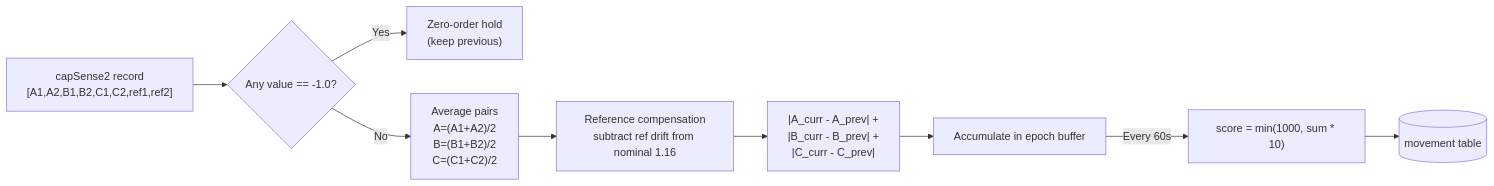
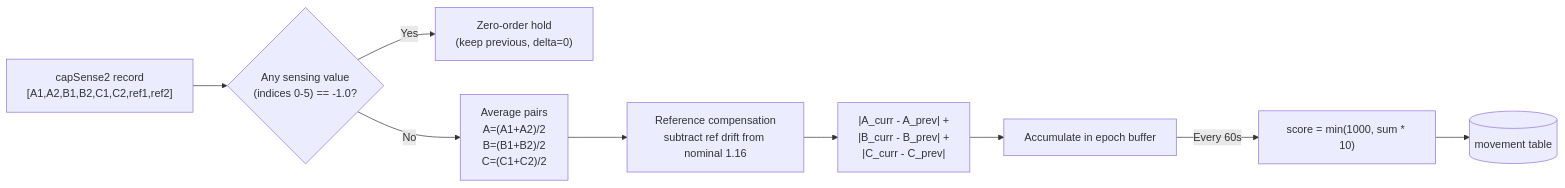
Before and after one commit to sleepypod/core: the second of 2 diagrams in docs/sleep-detector.md, drawn with Mermaid. The commit also changed other lines of this file and 1 other file, not shown here.

````diff
--- a/docs/sleep-detector.md
+++ b/docs/sleep-detector.md
@@ -29,11 +29,11 @@
 ```mermaid
 flowchart LR
-    Raw["capSense2 record\n[A1,A2,B1,B2,C1,C2,ref1,ref2]"] --> Sentinel{"Any value == -1.0?"}
-    Sentinel -->|Yes| Hold["Zero-order hold\n(keep previous)"]
+    Raw["capSense2 record\n[A1,A2,B1,B2,C1,C2,ref1,ref2]"] --> Sentinel{"Any sensing value\n(indices 0-5) == -1.0?"}
+    Sentinel -->|Yes| Hold["Zero-order hold\n(keep previous, delta=0)"]
     Sentinel -->|No| Avg["Average pairs\nA=(A1+A2)/2\nB=(B1+B2)/2\nC=(C1+C2)/2"]
     Avg --> Ref["Reference compensation\nsubtract ref drift from nominal 1.16"]
     Ref --> Delta["|A_curr - A_prev| +\n|B_curr - B_prev| +\n|C_curr - C_prev|"]
     Delta --> Buf["Accumulate in epoch buffer"]
     Buf -->|"Every 60s"| Score["score = min(1000, sum * 10)"]
     Score --> DB[("movement table")]
 ```
````
